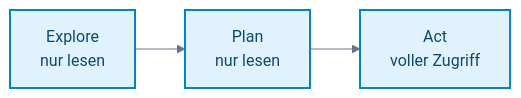
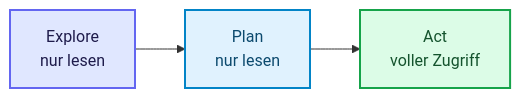
Before and after one commit to ralf-42/GenAI: diagram 11 of 12 in docs/08-agenten/agent-architekturen.md, drawn with Mermaid. The commit also changed other lines of this file and 50 other files, not shown here.

````diff
--- a/docs/08-agenten/agent-architekturen.md
+++ b/docs/08-agenten/agent-architekturen.md
@@ -585,24 +461,13 @@
 ```mermaid
----
-config:
-  theme: base
-  look: classic
-  themeVariables:
-    primaryColor: '#e0f2fe'
-    primaryBorderColor: '#0284c7'
-    primaryTextColor: '#1e293b'
-    lineColor: '#64748b'
-    clusterBkg: '#f8fafc'
-    clusterBorder: '#cbd5e1'
-    noteBkgColor: '#fef3c7'
-    noteBorderColor: '#d97706'
-    noteTextColor: '#78350f'
-    edgeLabelBackground: '#ffffff'
----
-
 flowchart LR
     E["Explore<br/>nur lesen"] --> P["Plan<br/>nur lesen"] --> A["Act<br/>voller Zugriff"]
 
 %% Funktionsfarben nach Mermaid_Best_Practices.md
-classDef default fill:#e0f2fe,stroke:#0284c7,stroke-width:2px,color:#0c4a6e;
+
+    classDef default fill:#e0f2fe,stroke:#0284c7,stroke-width:2px,color:#0c4a6e;
+    classDef input fill:#e0e7ff,stroke:#6366f1,stroke-width:2px,color:#1e1b4b;
+    classDef output fill:#dcfce7,stroke:#16a34a,stroke-width:2px,color:#14532d;
+
+    class E input;
+    class A output;
 ```
````
